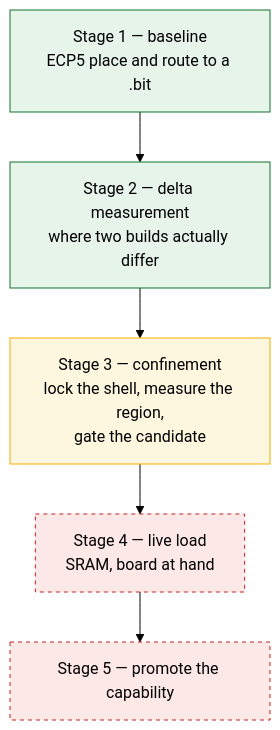
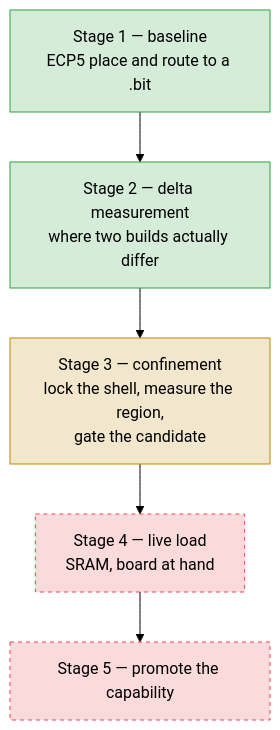
One commit to Scynth-Labs/atomiX changed the first of 2 diagrams in docs/partial-reconfig.md. Above: the diagram before and after it, drawn with Mermaid (forest theme). The commit also changed other lines of this file and 5 other files, not shown here.

Commit message:
Update diagram styles for consistency across documentation

````diff
--- a/docs/partial-reconfig.md
+++ b/docs/partial-reconfig.md
@@ -77,17 +77,17 @@
 ```mermaid
 flowchart TB
   s1["Stage 1 — baseline<br/>ECP5 place and route to a .bit"]
   s2["Stage 2 — delta measurement<br/>where two builds actually differ"]
   s3["Stage 3 — confinement<br/>lock the shell, measure the region,<br/>gate the candidate"]
   s4["Stage 4 — live load<br/>SRAM, board at hand"]
   s5["Stage 5 — promote the capability"]
 
   s1 --> s2 --> s3 --> s4 --> s5
 
-  classDef done fill:#e6f4ea,stroke:#137333
-  classDef part fill:#fef7e0,stroke:#f9ab00
-  classDef blocked fill:#fce8e6,stroke:#c5221f,stroke-dasharray: 4 4
+  classDef done fill:#2ea04333,stroke:#2ea043
+  classDef part fill:#bf870033,stroke:#bf8700
+  classDef blocked fill:#e5484d33,stroke:#e5484d,stroke-dasharray: 4 4
   class s1,s2 done
   class s3 part
   class s4,s5 blocked
 ```
````
